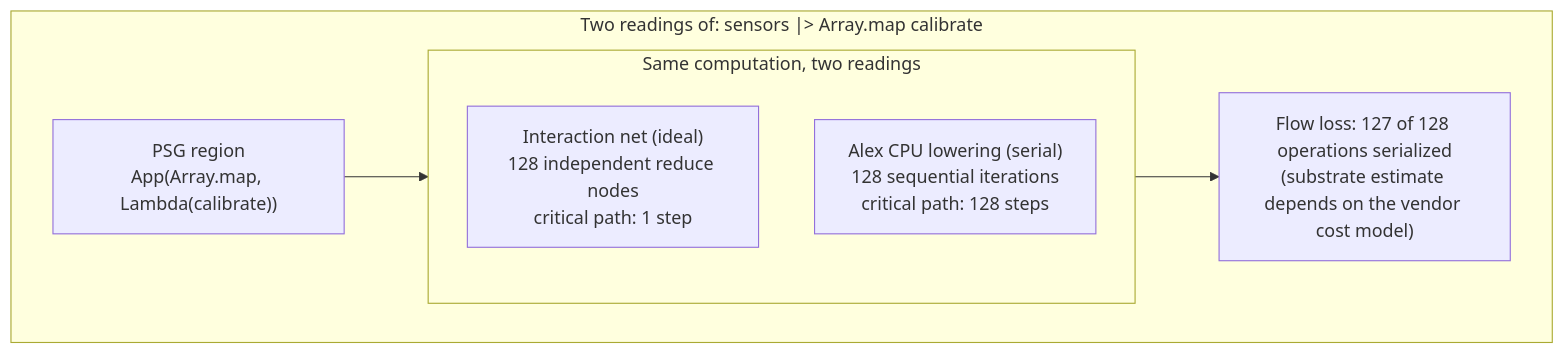
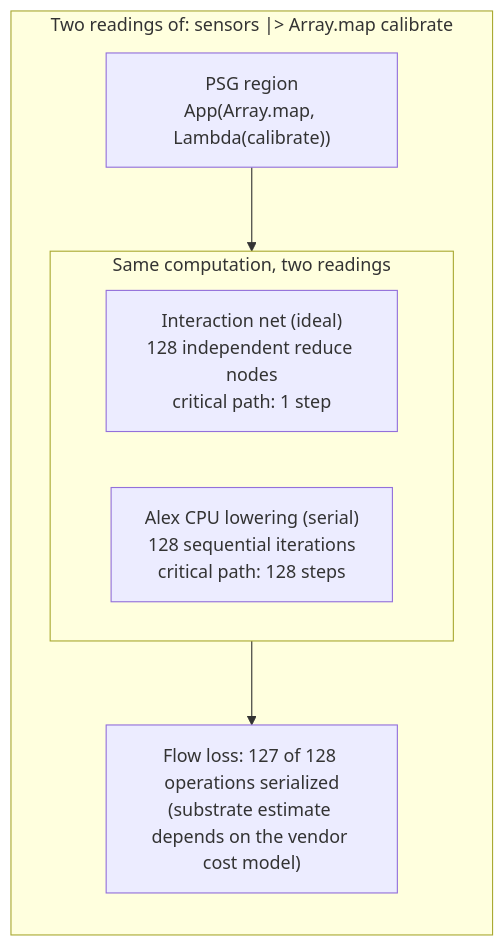
Before and after one commit to FidelityFramework/clef-lang-site: the diagram in hugo/content/docs/design/structure-and-performance/flow-loss-analysis.md, drawn with Mermaid. The commit also changed 16 other files, not shown here.

````diff
--- a/hugo/content/docs/design/structure-and-performance/flow-loss-analysis.md
+++ b/hugo/content/docs/design/structure-and-performance/flow-loss-analysis.md
@@ -61,15 +61,15 @@
 ```mermaid
-flowchart TB
+flowchart LR
     subgraph compare["Two readings of: sensors |> Array.map calibrate"]
         psg["PSG region<br/>App(Array.map, Lambda(calibrate))"]
 
         subgraph readings["Same computation, two readings"]
             ideal["Interaction net (ideal)<br/>128 independent reduce nodes<br/>critical path: 1 step"]
             actual["Alex CPU lowering (serial)<br/>128 sequential iterations<br/>critical path: 128 steps"]
         end
 
         delta["Flow loss: 127 of 128 operations serialized<br/>(substrate estimate depends on the vendor cost model)"]
 
         psg --> readings --> delta
     end
 ```
````
